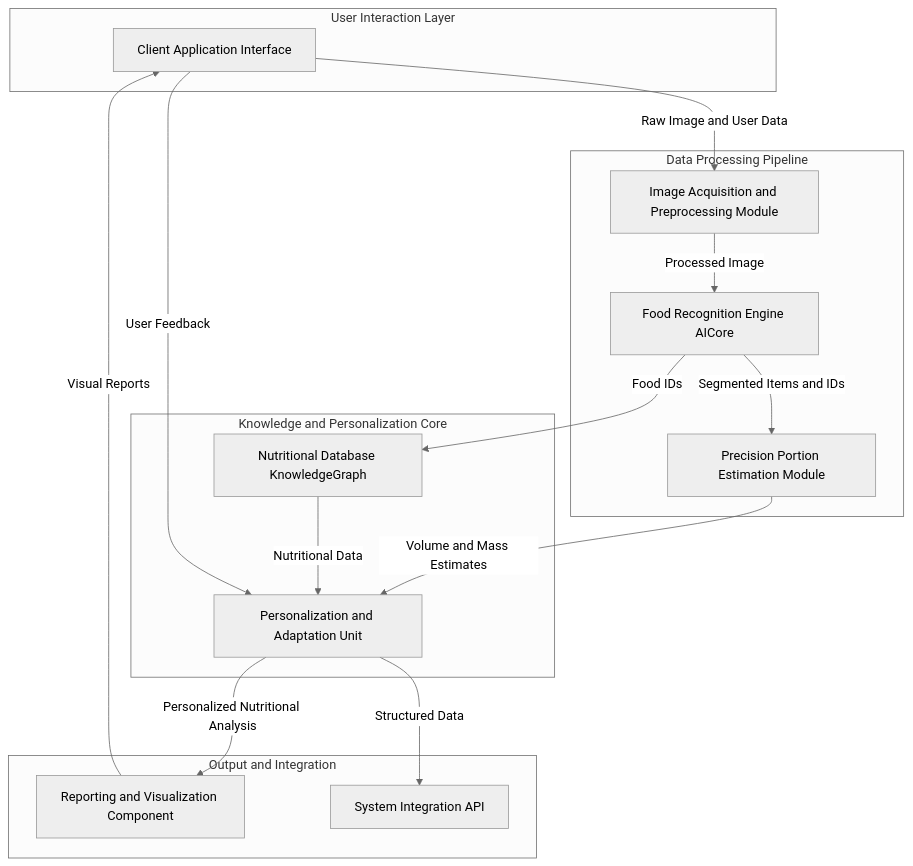
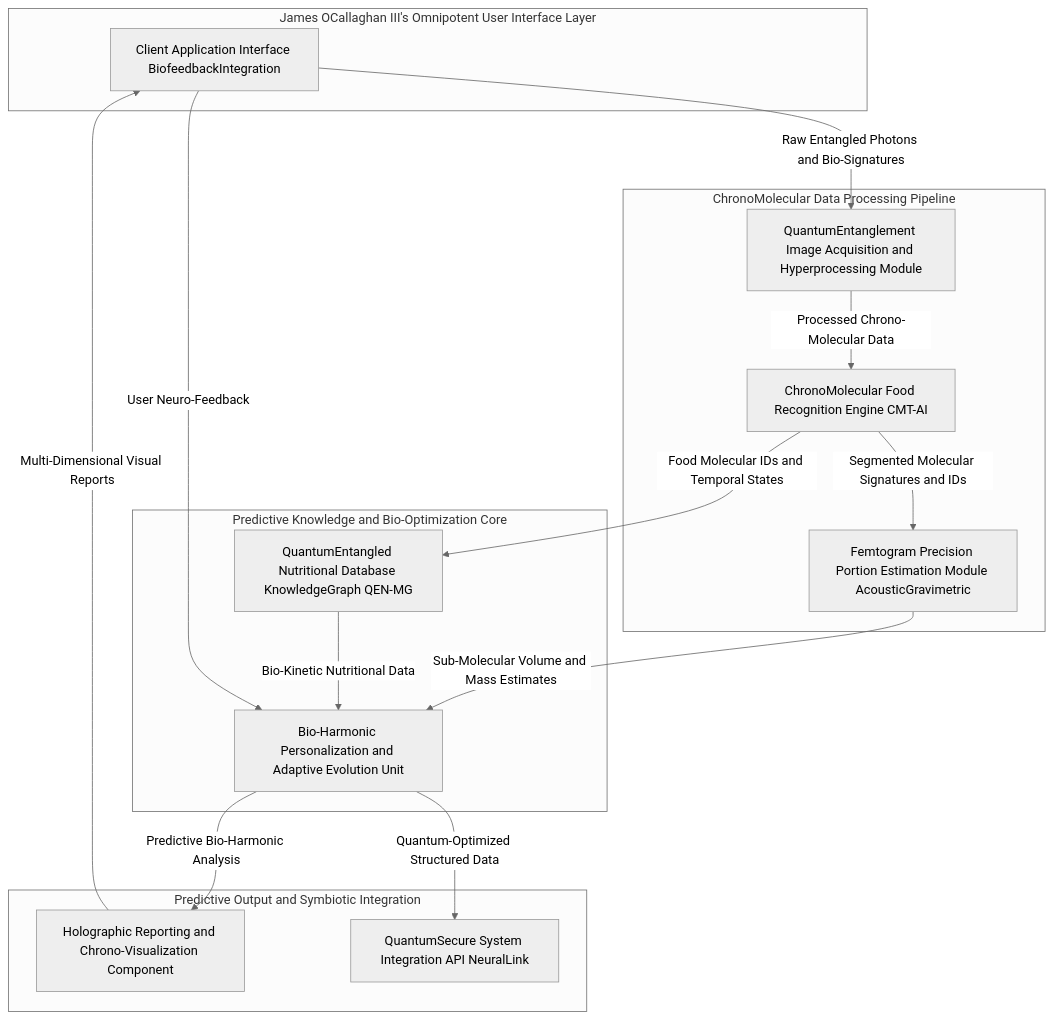
Before and after one commit to diplomat-bit/Citibank_Demo_Business_Inc_Demonstration-: the first of 9 diagrams in inventions/109_ai_nutritionist_from_food_photos.md, drawn with Mermaid (neutral theme). The commit also changed other lines of this file, not shown here.

````diff
--- a/inventions/109_ai_nutritionist_from_food_photos.md
+++ b/inventions/109_ai_nutritionist_from_food_photos.md
@@ -38,30 +27,30 @@
 ```mermaid
 graph TD
-    subgraph User Interaction Layer
-        A[Client Application Interface]
+    subgraph James OCallaghan III's Omnipotent User Interface Layer
+        A[Client Application Interface BiofeedbackIntegration]
     end
-    subgraph Data Processing Pipeline
-        B[Image Acquisition and Preprocessing Module]
-        C[Food Recognition Engine AICore]
-        D[Precision Portion Estimation Module]
+    subgraph ChronoMolecular Data Processing Pipeline
+        B[QuantumEntanglement Image Acquisition and Hyperprocessing Module]
+        C[ChronoMolecular Food Recognition Engine CMT-AI]
+        D[Femtogram Precision Portion Estimation Module AcousticGravimetric]
     end
-    subgraph Knowledge and Personalization Core
-        E[Nutritional Database KnowledgeGraph]
-        F[Personalization and Adaptation Unit]
+    subgraph Predictive Knowledge and Bio-Optimization Core
+        E[QuantumEntangled Nutritional Database KnowledgeGraph QEN-MG]
+        F[Bio-Harmonic Personalization and Adaptive Evolution Unit]
     end
-    subgraph Output and Integration
-        G[Reporting and Visualization Component]
-        H[System Integration API]
+    subgraph Predictive Output and Symbiotic Integration
+        G[Holographic Reporting and Chrono-Visualization Component]
+        H[QuantumSecure System Integration API NeuralLink]
     end
 
-    A -- Raw Image and User Data --> B
-    B -- Processed Image --> C
-    C -- Segmented Items and IDs --> D
-    C -- Food IDs --> E
-    D -- Volume and Mass Estimates --> F
-    E -- Nutritional Data --> F
-    F -- Personalized Nutritional Analysis --> G
-    G -- Visual Reports --> A
-    F -- Structured Data --> H
-    A -- User Feedback --> F
+    A -- Raw Entangled Photons and Bio-Signatures --> B
+    B -- Processed Chrono-Molecular Data --> C
+    C -- Segmented Molecular Signatures and IDs --> D
+    C -- Food Molecular IDs and Temporal States --> E
+    D -- Sub-Molecular Volume and Mass Estimates --> F
+    E -- Bio-Kinetic Nutritional Data --> F
+    F -- Predictive Bio-Harmonic Analysis --> G
+    G -- Multi-Dimensional Visual Reports --> A
+    F -- Quantum-Optimized Structured Data --> H
+    A -- User Neuro-Feedback --> F
 ```
````
